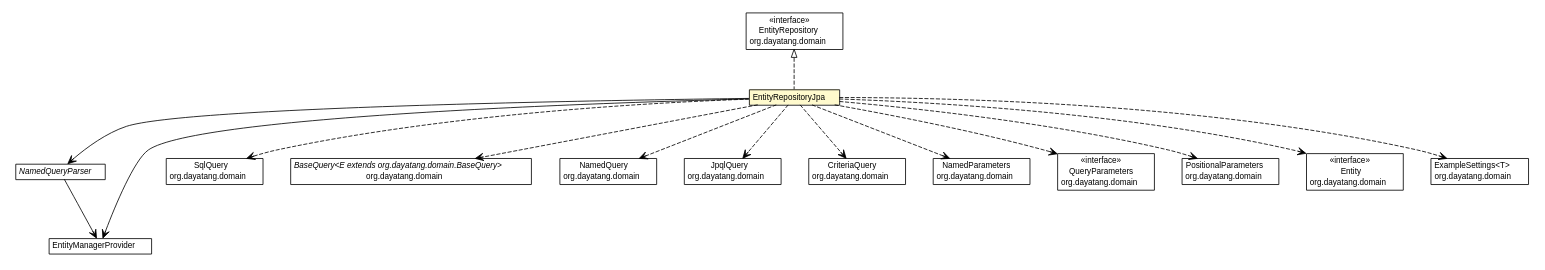
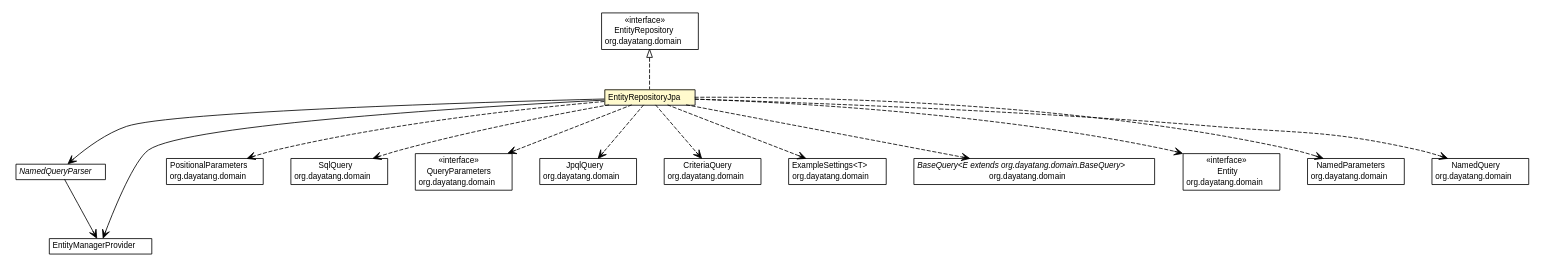
The diagram in dddlib-persistence/dddlib-persistence-jpa/apidocs/org/dayatang/persistence/jpa/EntityRepositoryJpa.dot (dayatang/dddlib), drawn with Graphviz before and after one commit. The commit also changed 66 other files, not shown here.

```diff
--- a/dddlib-persistence/dddlib-persistence-jpa/apidocs/org/dayatang/persistence/jpa/EntityRepositoryJpa.dot
+++ b/dddlib-persistence/dddlib-persistence-jpa/apidocs/org/dayatang/persistence/jpa/EntityRepositoryJpa.dot
@@ -35,35 +35,35 @@
 	c52:p -> c51:p [taillabel="", label=" "headlabel="", fontname="Helvetica", fontcolor="black", fontsize=10.0, color="black", arrowhead=open];
 	// org.dayatang.persistence.jpa.EntityRepositoryJpa NAVASSOC org.dayatang.persistence.jpa.EntityManagerProvider
 	c52:p -> c53:p [taillabel="", label=" "headlabel="", fontname="Helvetica", fontcolor="black", fontsize=10.0, color="black", arrowhead=open];
+	// org.dayatang.persistence.jpa.EntityRepositoryJpa DEPEND org.dayatang.domain.PositionalParameters
+	c52:p -> c58:p [taillabel="", label=" "headlabel="", fontname="Helvetica", fontcolor="black", fontsize=10.0, color="black", arrowhead=open, style=dashed];
 	// org.dayatang.persistence.jpa.EntityRepositoryJpa DEPEND org.dayatang.domain.SqlQuery
-	c52:p -> c58:p [taillabel="", label=" "headlabel="", fontname="Helvetica", fontcolor="black", fontsize=10.0, color="black", arrowhead=open, style=dashed];
-	// org.dayatang.persistence.jpa.EntityRepositoryJpa DEPEND org.dayatang.domain.BaseQuery<E extends org.dayatang.domain.BaseQuery>
 	c52:p -> c59:p [taillabel="", label=" "headlabel="", fontname="Helvetica", fontcolor="black", fontsize=10.0, color="black", arrowhead=open, style=dashed];
-	// org.dayatang.persistence.jpa.EntityRepositoryJpa DEPEND org.dayatang.domain.NamedQuery
+	// org.dayatang.persistence.jpa.EntityRepositoryJpa DEPEND org.dayatang.domain.QueryParameters
 	c52:p -> c60:p [taillabel="", label=" "headlabel="", fontname="Helvetica", fontcolor="black", fontsize=10.0, color="black", arrowhead=open, style=dashed];
 	// org.dayatang.persistence.jpa.EntityRepositoryJpa DEPEND org.dayatang.domain.JpqlQuery
 	c52:p -> c61:p [taillabel="", label=" "headlabel="", fontname="Helvetica", fontcolor="black", fontsize=10.0, color="black", arrowhead=open, style=dashed];
 	// org.dayatang.persistence.jpa.EntityRepositoryJpa DEPEND org.dayatang.domain.CriteriaQuery
 	c52:p -> c62:p [taillabel="", label=" "headlabel="", fontname="Helvetica", fontcolor="black", fontsize=10.0, color="black", arrowhead=open, style=dashed];
+	// org.dayatang.persistence.jpa.EntityRepositoryJpa DEPEND org.dayatang.domain.ExampleSettings<T>
+	c52:p -> c63:p [taillabel="", label=" "headlabel="", fontname="Helvetica", fontcolor="black", fontsize=10.0, color="black", arrowhead=open, style=dashed];
+	// org.dayatang.persistence.jpa.EntityRepositoryJpa DEPEND org.dayatang.domain.BaseQuery<E extends org.dayatang.domain.BaseQuery>
+	c52:p -> c64:p [taillabel="", label=" "headlabel="", fontname="Helvetica", fontcolor="black", fontsize=10.0, color="black", arrowhead=open, style=dashed];
+	// org.dayatang.persistence.jpa.EntityRepositoryJpa DEPEND org.dayatang.domain.Entity
+	c52:p -> c65:p [taillabel="", label=" "headlabel="", fontname="Helvetica", fontcolor="black", fontsize=10.0, color="black", arrowhead=open, style=dashed];
 	// org.dayatang.persistence.jpa.EntityRepositoryJpa DEPEND org.dayatang.domain.NamedParameters
-	c52:p -> c63:p [taillabel="", label=" "headlabel="", fontname="Helvetica", fontcolor="black", fontsize=10.0, color="black", arrowhead=open, style=dashed];
-	// org.dayatang.persistence.jpa.EntityRepositoryJpa DEPEND org.dayatang.domain.QueryParameters
-	c52:p -> c64:p [taillabel="", label=" "headlabel="", fontname="Helvetica", fontcolor="black", fontsize=10.0, color="black", arrowhead=open, style=dashed];
-	// org.dayatang.persistence.jpa.EntityRepositoryJpa DEPEND org.dayatang.domain.PositionalParameters
-	c52:p -> c65:p [taillabel="", label=" "headlabel="", fontname="Helvetica", fontcolor="black", fontsize=10.0, color="black", arrowhead=open, style=dashed];
-	// org.dayatang.persistence.jpa.EntityRepositoryJpa DEPEND org.dayatang.domain.Entity
 	c52:p -> c66:p [taillabel="", label=" "headlabel="", fontname="Helvetica", fontcolor="black", fontsize=10.0, color="black", arrowhead=open, style=dashed];
-	// org.dayatang.persistence.jpa.EntityRepositoryJpa DEPEND org.dayatang.domain.ExampleSettings<T>
+	// org.dayatang.persistence.jpa.EntityRepositoryJpa DEPEND org.dayatang.domain.NamedQuery
 	c52:p -> c67:p [taillabel="", label=" "headlabel="", fontname="Helvetica", fontcolor="black", fontsize=10.0, color="black", arrowhead=open, style=dashed];
 	// org.dayatang.domain.NamedParameters
-	c63 [label=<<table title="org.dayatang.domain.NamedParameters" border="0" cellborder="1" cellspacing="0" cellpadding="2" port="p" href="http://java.sun.com/j2se/1.4.2/docs/api/org/dayatang/domain/NamedParameters.html">
+	c66 [label=<<table title="org.dayatang.domain.NamedParameters" border="0" cellborder="1" cellspacing="0" cellpadding="2" port="p" href="http://java.sun.com/j2se/1.4.2/docs/api/org/dayatang/domain/NamedParameters.html">
 		<tr><td><table border="0" cellspacing="0" cellpadding="1">
 <tr><td align="center" balign="center"> NamedParameters </td></tr>
 <tr><td align="center" balign="center"> org.dayatang.domain </td></tr>
 		</table></td></tr>
 		</table>>, URL="http://java.sun.com/j2se/1.4.2/docs/api/org/dayatang/domain/NamedParameters.html", fontname="Helvetica", fontcolor="black", fontsize=10.0];
 	// org.dayatang.domain.ExampleSettings<T>
-	c67 [label=<<table title="org.dayatang.domain.ExampleSettings" border="0" cellborder="1" cellspacing="0" cellpadding="2" port="p" href="http://java.sun.com/j2se/1.4.2/docs/api/org/dayatang/domain/ExampleSettings.html">
+	c63 [label=<<table title="org.dayatang.domain.ExampleSettings" border="0" cellborder="1" cellspacing="0" cellpadding="2" port="p" href="http://java.sun.com/j2se/1.4.2/docs/api/org/dayatang/domain/ExampleSettings.html">
 		<tr><td><table border="0" cellspacing="0" cellpadding="1">
 <tr><td align="center" balign="center"> ExampleSettings&lt;T&gt; </td></tr>
 <tr><td align="center" balign="center"> org.dayatang.domain </td></tr>
@@ -76,22 +76,22 @@
 <tr><td align="center" balign="center"> org.dayatang.domain </td></tr>
 		</table></td></tr>
 		</table>>, URL="http://java.sun.com/j2se/1.4.2/docs/api/org/dayatang/domain/CriteriaQuery.html", fontname="Helvetica", fontcolor="black", fontsize=10.0];
+	// org.dayatang.domain.PositionalParameters
+	c58 [label=<<table title="org.dayatang.domain.PositionalParameters" border="0" cellborder="1" cellspacing="0" cellpadding="2" port="p" href="http://java.sun.com/j2se/1.4.2/docs/api/org/dayatang/domain/PositionalParameters.html">
+		<tr><td><table border="0" cellspacing="0" cellpadding="1">
+<tr><td align="center" balign="center"> PositionalParameters </td></tr>
+<tr><td align="center" balign="center"> org.dayatang.domain </td></tr>
+		</table></td></tr>
+		</table>>, URL="http://java.sun.com/j2se/1.4.2/docs/api/org/dayatang/domain/PositionalParameters.html", fontname="Helvetica", fontcolor="black", fontsize=10.0];
 	// org.dayatang.domain.NamedQuery
-	c60 [label=<<table title="org.dayatang.domain.NamedQuery" border="0" cellborder="1" cellspacing="0" cellpadding="2" port="p" href="http://java.sun.com/j2se/1.4.2/docs/api/org/dayatang/domain/NamedQuery.html">
+	c67 [label=<<table title="org.dayatang.domain.NamedQuery" border="0" cellborder="1" cellspacing="0" cellpadding="2" port="p" href="http://java.sun.com/j2se/1.4.2/docs/api/org/dayatang/domain/NamedQuery.html">
 		<tr><td><table border="0" cellspacing="0" cellpadding="1">
 <tr><td align="center" balign="center"> NamedQuery </td></tr>
 <tr><td align="center" balign="center"> org.dayatang.domain </td></tr>
 		</table></td></tr>
 		</table>>, URL="http://java.sun.com/j2se/1.4.2/docs/api/org/dayatang/domain/NamedQuery.html", fontname="Helvetica", fontcolor="black", fontsize=10.0];
-	// org.dayatang.domain.PositionalParameters
-	c65 [label=<<table title="org.dayatang.domain.PositionalParameters" border="0" cellborder="1" cellspacing="0" cellpadding="2" port="p" href="http://java.sun.com/j2se/1.4.2/docs/api/org/dayatang/domain/PositionalParameters.html">
-		<tr><td><table border="0" cellspacing="0" cellpadding="1">
-<tr><td align="center" balign="center"> PositionalParameters </td></tr>
-<tr><td align="center" balign="center"> org.dayatang.domain </td></tr>
-		</table></td></tr>
-		</table>>, URL="http://java.sun.com/j2se/1.4.2/docs/api/org/dayatang/domain/PositionalParameters.html", fontname="Helvetica", fontcolor="black", fontsize=10.0];
 	// org.dayatang.domain.QueryParameters
-	c64 [label=<<table title="org.dayatang.domain.QueryParameters" border="0" cellborder="1" cellspacing="0" cellpadding="2" port="p" href="http://java.sun.com/j2se/1.4.2/docs/api/org/dayatang/domain/QueryParameters.html">
+	c60 [label=<<table title="org.dayatang.domain.QueryParameters" border="0" cellborder="1" cellspacing="0" cellpadding="2" port="p" href="http://java.sun.com/j2se/1.4.2/docs/api/org/dayatang/domain/QueryParameters.html">
 		<tr><td><table border="0" cellspacing="0" cellpadding="1">
 <tr><td align="center" balign="center"> &#171;interface&#187; </td></tr>
 <tr><td align="center" balign="center"> QueryParameters </td></tr>
@@ -106,7 +106,7 @@
 		</table></td></tr>
 		</table>>, URL="http://java.sun.com/j2se/1.4.2/docs/api/org/dayatang/domain/JpqlQuery.html", fontname="Helvetica", fontcolor="black", fontsize=10.0];
 	// org.dayatang.domain.SqlQuery
-	c58 [label=<<table title="org.dayatang.domain.SqlQuery" border="0" cellborder="1" cellspacing="0" cellpadding="2" port="p" href="http://java.sun.com/j2se/1.4.2/docs/api/org/dayatang/domain/SqlQuery.html">
+	c59 [label=<<table title="org.dayatang.domain.SqlQuery" border="0" cellborder="1" cellspacing="0" cellpadding="2" port="p" href="http://java.sun.com/j2se/1.4.2/docs/api/org/dayatang/domain/SqlQuery.html">
 		<tr><td><table border="0" cellspacing="0" cellpadding="1">
 <tr><td align="center" balign="center"> SqlQuery </td></tr>
 <tr><td align="center" balign="center"> org.dayatang.domain </td></tr>
@@ -121,14 +121,14 @@
 		</table></td></tr>
 		</table>>, URL="http://java.sun.com/j2se/1.4.2/docs/api/org/dayatang/domain/EntityRepository.html", fontname="Helvetica", fontcolor="black", fontsize=10.0];
 	// org.dayatang.domain.BaseQuery<E extends org.dayatang.domain.BaseQuery>
-	c59 [label=<<table title="org.dayatang.domain.BaseQuery" border="0" cellborder="1" cellspacing="0" cellpadding="2" port="p" href="http://java.sun.com/j2se/1.4.2/docs/api/org/dayatang/domain/BaseQuery.html">
+	c64 [label=<<table title="org.dayatang.domain.BaseQuery" border="0" cellborder="1" cellspacing="0" cellpadding="2" port="p" href="http://java.sun.com/j2se/1.4.2/docs/api/org/dayatang/domain/BaseQuery.html">
 		<tr><td><table border="0" cellspacing="0" cellpadding="1">
 <tr><td align="center" balign="center"><font face="Helvetica-Oblique"> BaseQuery&lt;E extends org.dayatang.domain.BaseQuery&gt; </font></td></tr>
 <tr><td align="center" balign="center"> org.dayatang.domain </td></tr>
 		</table></td></tr>
 		</table>>, URL="http://java.sun.com/j2se/1.4.2/docs/api/org/dayatang/domain/BaseQuery.html", fontname="Helvetica", fontcolor="black", fontsize=10.0];
 	// org.dayatang.domain.Entity
-	c66 [label=<<table title="org.dayatang.domain.Entity" border="0" cellborder="1" cellspacing="0" cellpadding="2" port="p" href="http://java.sun.com/j2se/1.4.2/docs/api/org/dayatang/domain/Entity.html">
+	c65 [label=<<table title="org.dayatang.domain.Entity" border="0" cellborder="1" cellspacing="0" cellpadding="2" port="p" href="http://java.sun.com/j2se/1.4.2/docs/api/org/dayatang/domain/Entity.html">
 		<tr><td><table border="0" cellspacing="0" cellpadding="1">
 <tr><td align="center" balign="center"> &#171;interface&#187; </td></tr>
 <tr><td align="center" balign="center"> Entity </td></tr>
```
